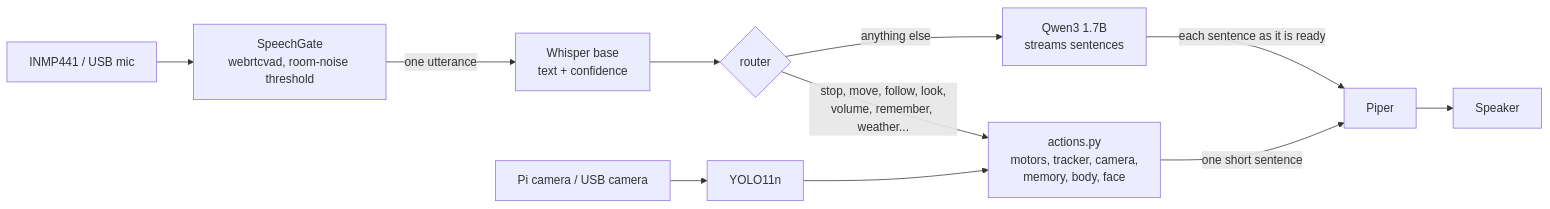
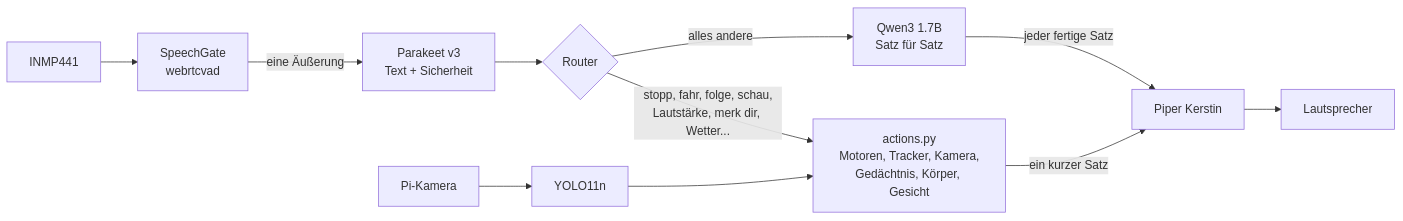
Before and after one commit to drpeker/neurovision-local: the first of 2 diagrams in README.md, drawn with Mermaid. The commit also changed other lines of this file and 16 other files, not shown here.

First line of the commit message:
German version: Parakeet v3, Kerstin voice, German router and replies

````diff
--- a/README.md
+++ b/README.md
@@ -22,12 +24,12 @@
 ```mermaid
 flowchart LR
-    MIC[INMP441 / USB mic] --> GATE[SpeechGate<br/>webrtcvad, room-noise threshold]
-    GATE -->|one utterance| STT[Whisper base<br/>text + confidence]
-    STT --> R{router}
-    R -->|stop, move, follow, look,<br/>volume, remember, weather...| ACT[actions.py<br/>motors, tracker, camera,<br/>memory, body, face]
-    R -->|anything else| LLM[Qwen3 1.7B<br/>streams sentences]
-    ACT -->|one short sentence| TTS[Piper]
-    LLM -->|each sentence as it is ready| TTS
-    TTS --> SPK[Speaker]
-    CAM[Pi camera / USB camera] --> YOLO[YOLO11n] --> ACT
+    MIC[INMP441] --> GATE[SpeechGate<br/>webrtcvad]
+    GATE -->|eine Äußerung| STT[Parakeet v3<br/>Text + Sicherheit]
+    STT --> R{Router}
+    R -->|stopp, fahr, folge, schau,<br/>Lautstärke, merk dir, Wetter...| ACT[actions.py<br/>Motoren, Tracker, Kamera,<br/>Gedächtnis, Körper, Gesicht]
+    R -->|alles andere| LLM[Qwen3 1.7B<br/>Satz für Satz]
+    ACT -->|ein kurzer Satz| TTS[Piper Kerstin]
+    LLM -->|jeder fertige Satz| TTS
+    TTS --> SPK[Lautsprecher]
+    CAM[Pi-Kamera] --> YOLO[YOLO11n] --> ACT
 ```
````
